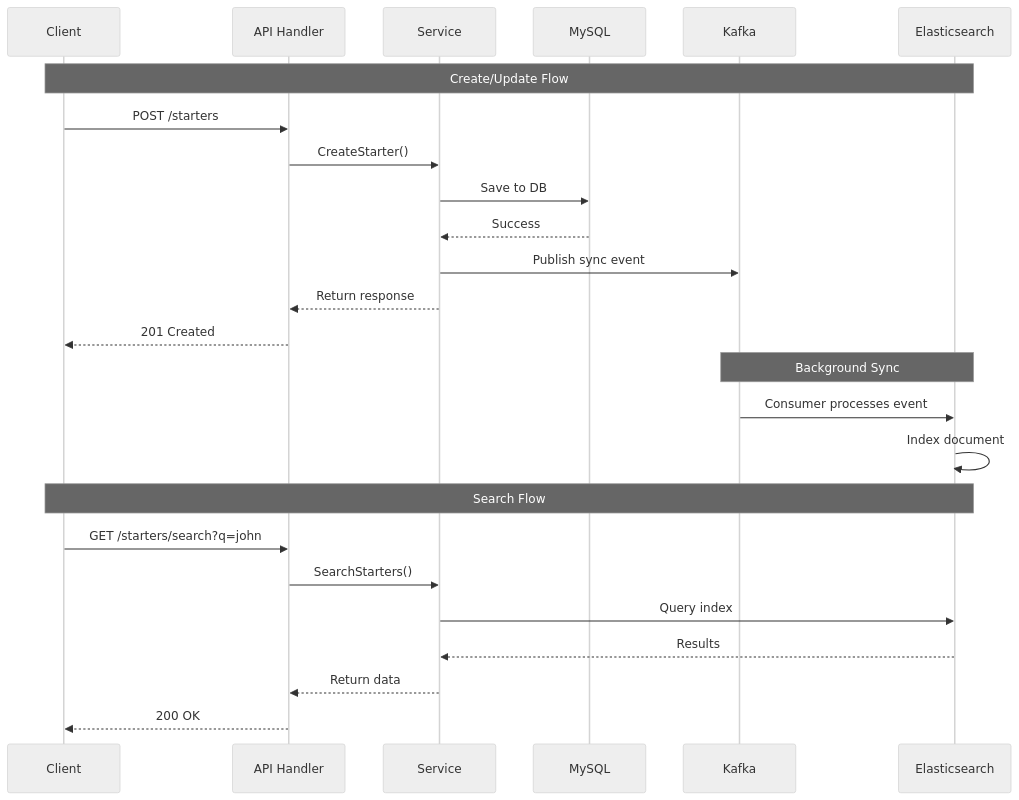
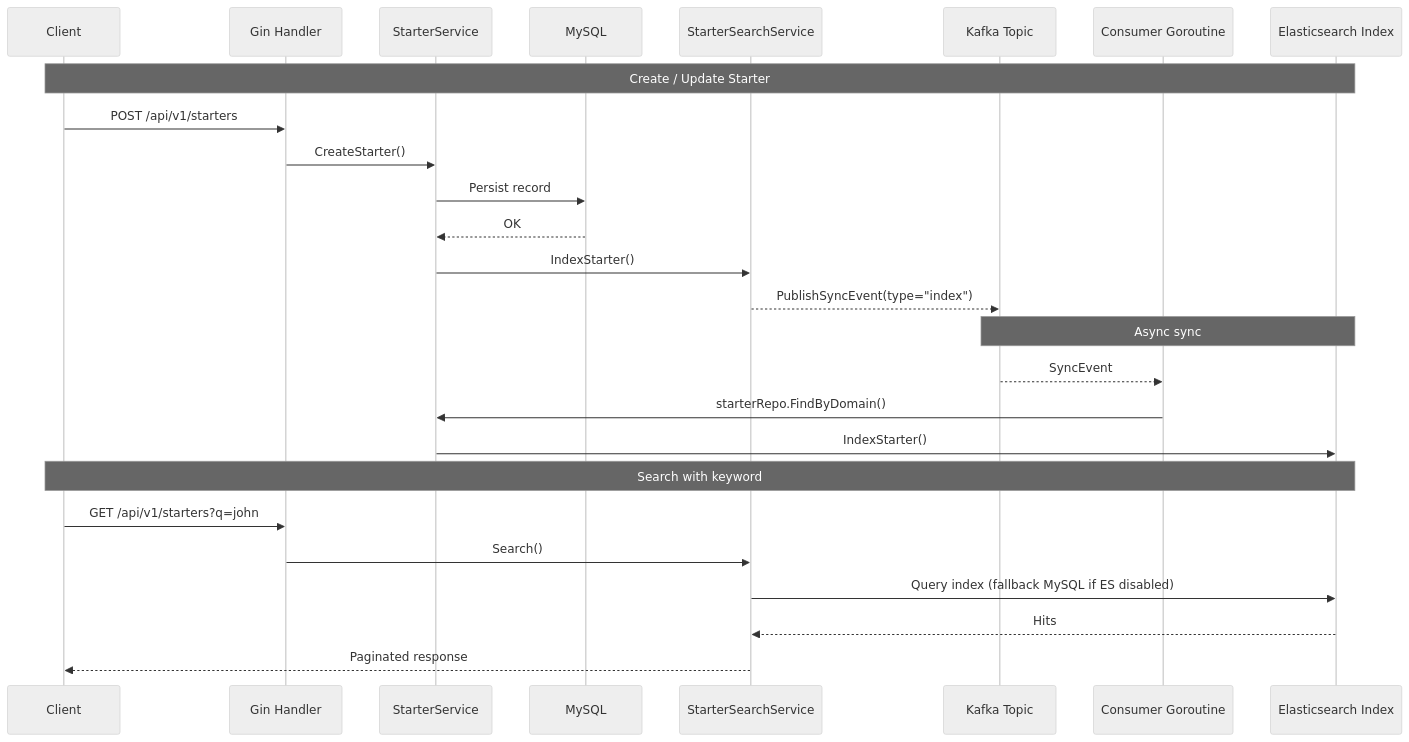
One commit to kiin21/go-rest changed the second of 2 diagrams in README.md. Above: the diagram before and after it, drawn with Mermaid (neutral theme). The commit also changed other lines of this file and 1 other file, not shown here.

````diff
--- a/README.md
+++ b/README.md
@@ -47,30 +29,31 @@
 ```mermaid
 sequenceDiagram
-    participant C as Client
-    participant A as API Handler
-    participant S as Service
-    participant M as MySQL
-    participant K as Kafka
-    participant E as Elasticsearch
+    participant Client
+    participant API as Gin Handler
+    participant Service as StarterService
+    participant DB as MySQL
+    participant Search as StarterSearchService
+    participant Kafka as Kafka Topic
+    participant Consumer as Consumer Goroutine
+    participant ES as Elasticsearch Index
 
-    Note over C,E: Create/Update Flow
-    C->>A: POST /starters
-    A->>S: CreateStarter()
-    S->>M: Save to DB
-    M-->>S: Success
-    S->>K: Publish sync event
-    S-->>A: Return response
-    A-->>C: 201 Created
-    
-    Note over K,E: Background Sync
-    K->>E: Consumer processes event
-    E->>E: Index document
-    
-    Note over C,E: Search Flow
-    C->>A: GET /starters/search?q=john
-    A->>S: SearchStarters()
-    S->>E: Query index
-    E-->>S: Results
-    S-->>A: Return data
-    A-->>C: 200 OK
+    Note over Client,ES: Create / Update Starter
+    Client->>API: POST /api/v1/starters
+    API->>Service: CreateStarter()
+    Service->>DB: Persist record
+    DB-->>Service: OK
+    Service->>Search: IndexStarter()
+    Search-->>Kafka: PublishSyncEvent(type="index")
+
+    Note over Kafka,ES: Async sync
+    Kafka-->>Consumer: SyncEvent
+    Consumer->>Service: starterRepo.FindByDomain()
+    Service->>ES: IndexStarter()
+
+    Note over Client,ES: Search with keyword
+    Client->>API: GET /api/v1/starters?q=john
+    API->>Search: Search()
+    Search->>ES: Query index (fallback MySQL if ES disabled)
+    ES-->>Search: Hits
+    Search-->>Client: Paginated response
 ```
````
